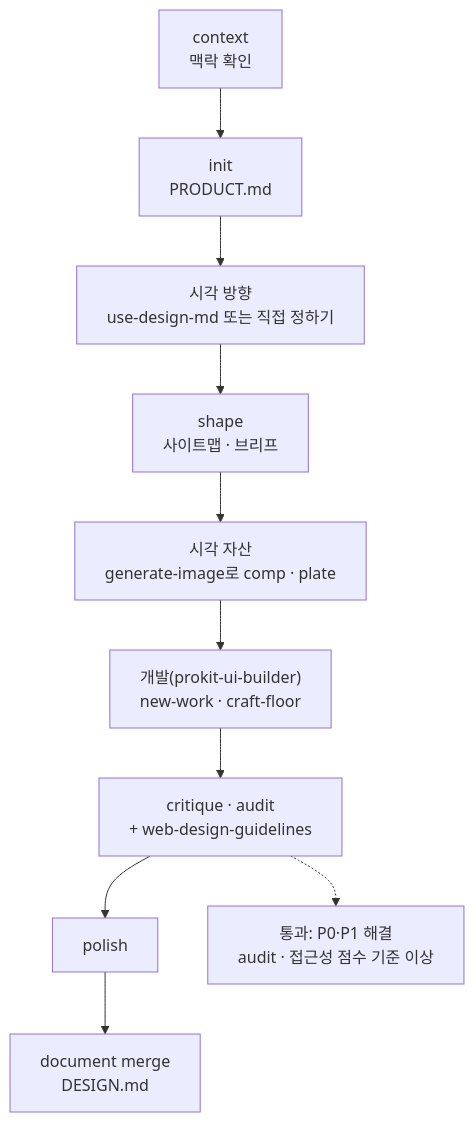
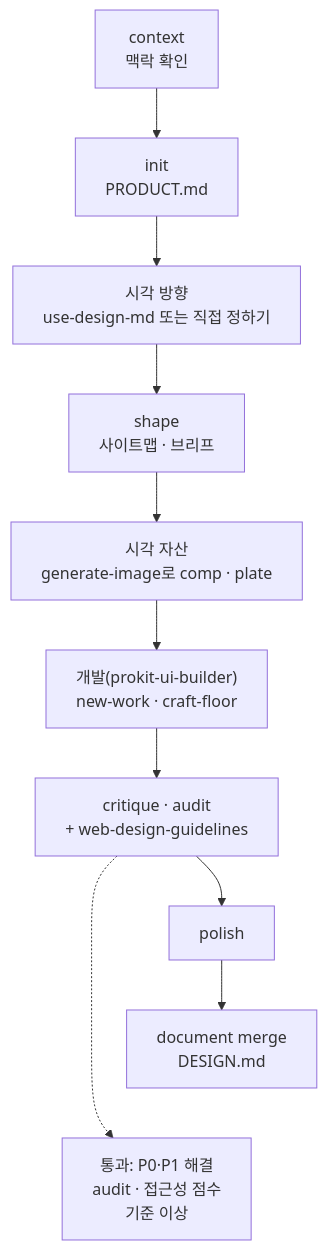
Before and after one commit to roadkwon-ai/pro-kit: the third of 6 diagrams in handbook/design/ui-flow.md, drawn with Mermaid. The commit also changed other lines of this file and 26 other files, not shown here.

````diff
--- a/handbook/design/ui-flow.md
+++ b/handbook/design/ui-flow.md
@@ -186,17 +190,18 @@
 ```mermaid
 ---
 config:
   flowchart:
-    wrappingWidth: 300
+    wrappingWidth: 240
 ---
 flowchart TB
   C["context<br/>맥락 확인"] --> I["init<br/>PRODUCT.md"]
   I --> V["시각 방향<br/>use-design-md 또는 직접 정하기"]
   V --> S["shape<br/>사이트맵 · 브리프"]
   S --> A["시각 자산<br/>generate-image로 comp · plate"]
   A --> B["개발(prokit-ui-builder)<br/>new-work · craft-floor"]
   B --> R["critique · audit<br/>+ web-design-guidelines"]
   R --> P["polish"]
   P --> D["document merge<br/>DESIGN.md"]
-  R -.-> G["통과: P0·P1 해결<br/>audit · 접근성 점수 기준 이상"]
+  R -.-> G["통과: P0·P1 해결<br/>audit · 접근성 점수<br/>기준 이상"]
+  D ~~~ G
 ```
````
